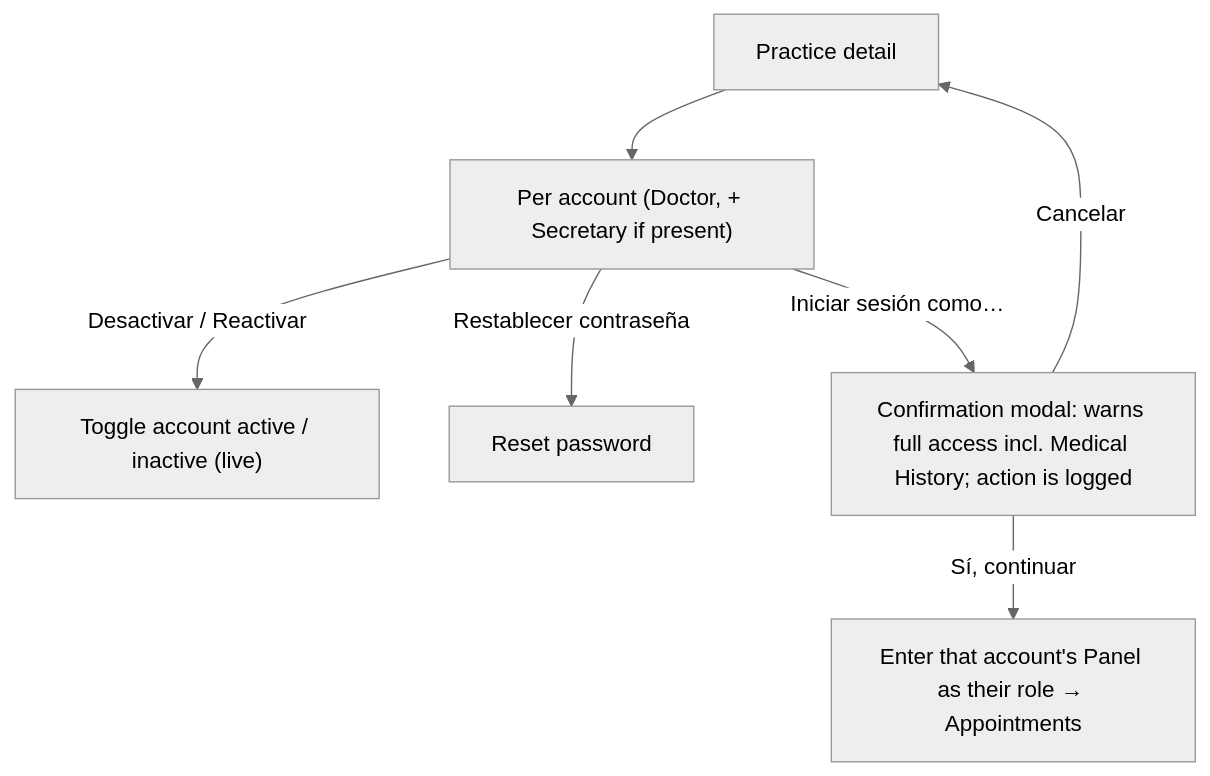
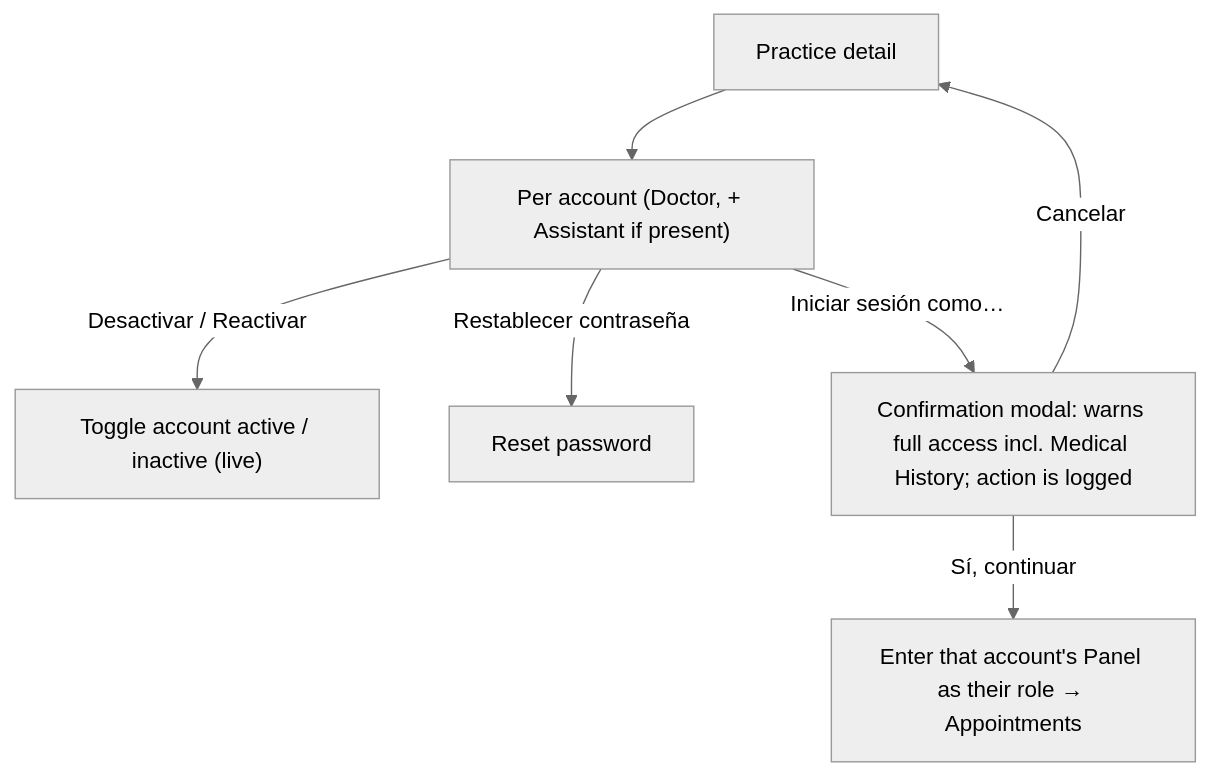
Before and after one commit to DaleneyRuben/alivia: the third of 5 diagrams in docs/flows/admin.md, drawn with Mermaid (neutral theme). The commit also changed other lines of this file and 10 other files, not shown here.

Commit message:
rename secretary role to assistant across docs

````diff
--- a/docs/flows/admin.md
+++ b/docs/flows/admin.md
@@ -49,9 +49,9 @@
 ```mermaid
 flowchart TD
-    D["Practice detail"] --> Per["Per account (Doctor, + Secretary if present)"]
+    D["Practice detail"] --> Per["Per account (Doctor, + Assistant if present)"]
     Per -->|"Desactivar / Reactivar"| Tog["Toggle account active / inactive (live)"]
     Per -->|"Restablecer contraseña"| Rst["Reset password"]
     Per -->|"Iniciar sesión como…"| Modal["Confirmation modal: warns full access incl. Medical History; action is logged"]
     Modal -->|"Cancelar"| D
     Modal -->|"Sí, continuar"| Imp["Enter that account's Panel as their role → Appointments"]
 ```
````
